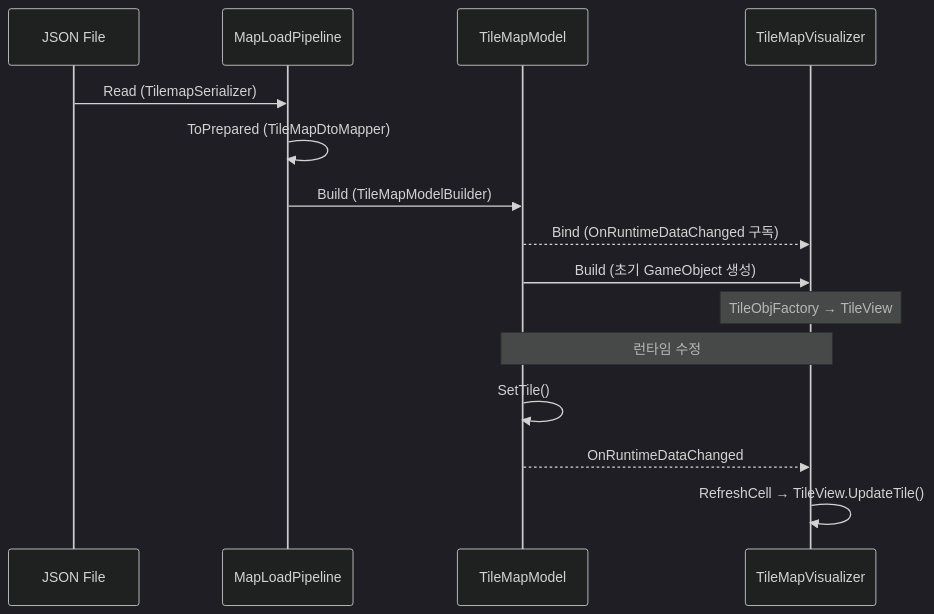
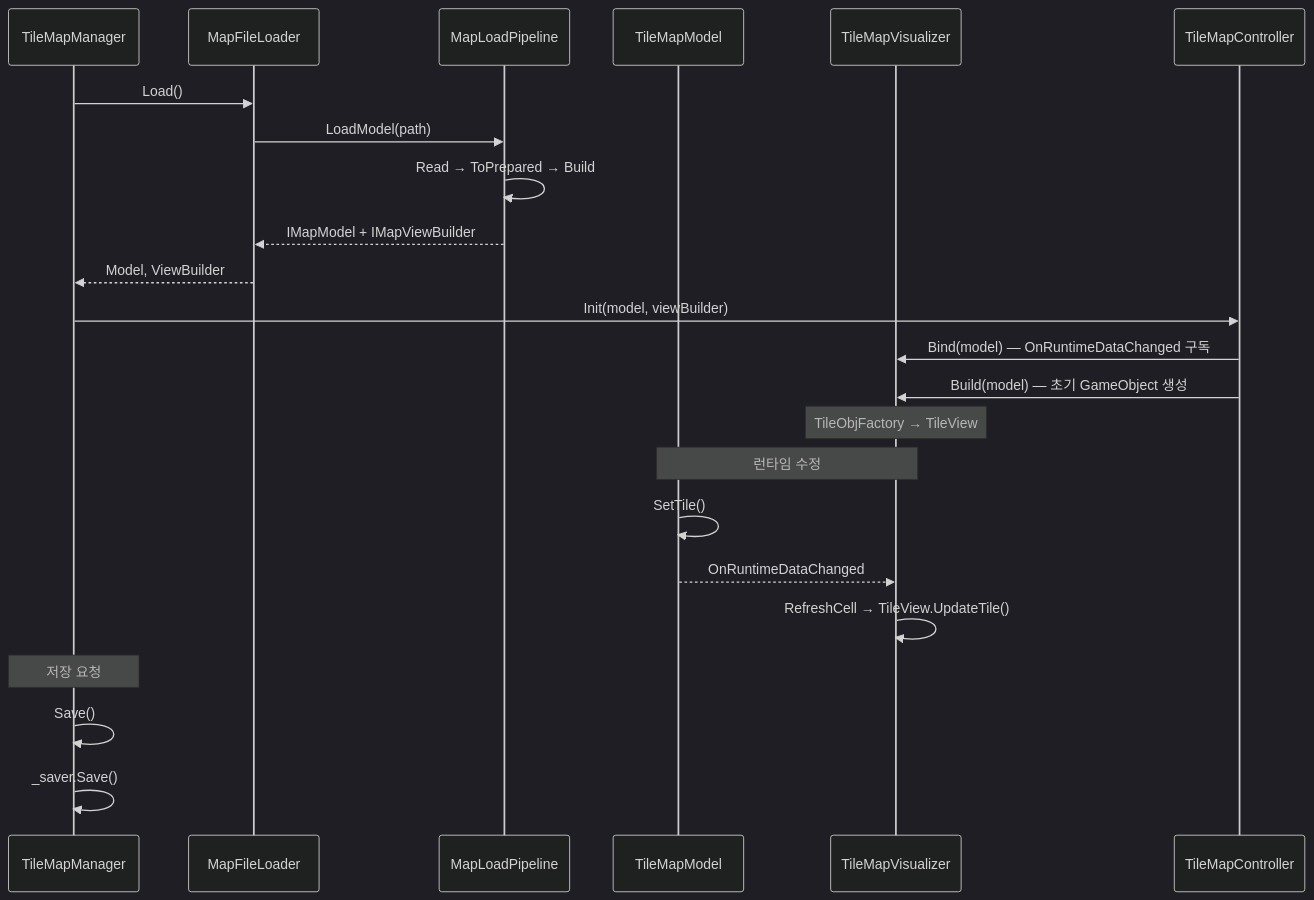
Before and after one commit to garunnir/Project_Alpha: the second of 2 diagrams in Assets/Dist/Scripts/Map/SYSTEM.md, drawn with Mermaid (dark theme). The commit also changed other lines of this file and 20 other files, not shown here.

First line of the commit message:
Introduce TileMapManager and MapFileLoader/Saver

````diff
--- a/Assets/Dist/Scripts/Map/SYSTEM.md
+++ b/Assets/Dist/Scripts/Map/SYSTEM.md
@@ -96,19 +100,28 @@
 ```mermaid
 sequenceDiagram
-    participant F as JSON File
+    participant Mgr as TileMapManager
+    participant L as MapFileLoader
     participant P as MapLoadPipeline
     participant M as TileMapModel
     participant V as TileMapVisualizer
+    participant C as TileMapController
 
-    F->>P: Read (TilemapSerializer)
-    P->>P: ToPrepared (TileMapDtoMapper)
-    P->>M: Build (TileMapModelBuilder)
-    M-->>V: Bind (OnRuntimeDataChanged 구독)
-    M->>V: Build (초기 GameObject 생성)
+    Mgr->>L: Load()
+    L->>P: LoadModel(path)
+    P->>P: Read → ToPrepared → Build
+    P-->>L: IMapModel + IMapViewBuilder
+    L-->>Mgr: Model, ViewBuilder
+    Mgr->>C: Init(model, viewBuilder)
+    C->>V: Bind(model) — OnRuntimeDataChanged 구독
+    C->>V: Build(model) — 초기 GameObject 생성
     Note over V: TileObjFactory → TileView
 
     Note over M,V: 런타임 수정
     M->>M: SetTile()
     M-->>V: OnRuntimeDataChanged
     V->>V: RefreshCell → TileView.UpdateTile()
+
+    Note over Mgr: 저장 요청
+    Mgr->>Mgr: Save()
+    Mgr->>Mgr: _saver.Save()
 ```
````
